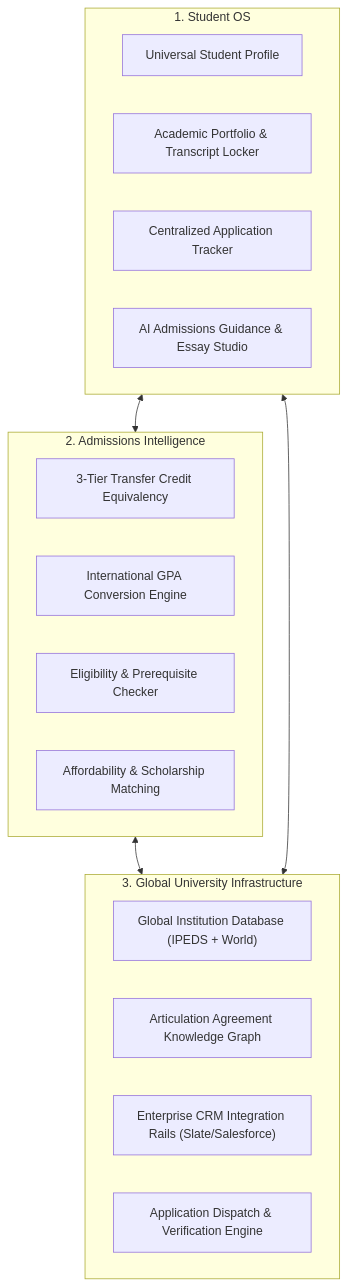
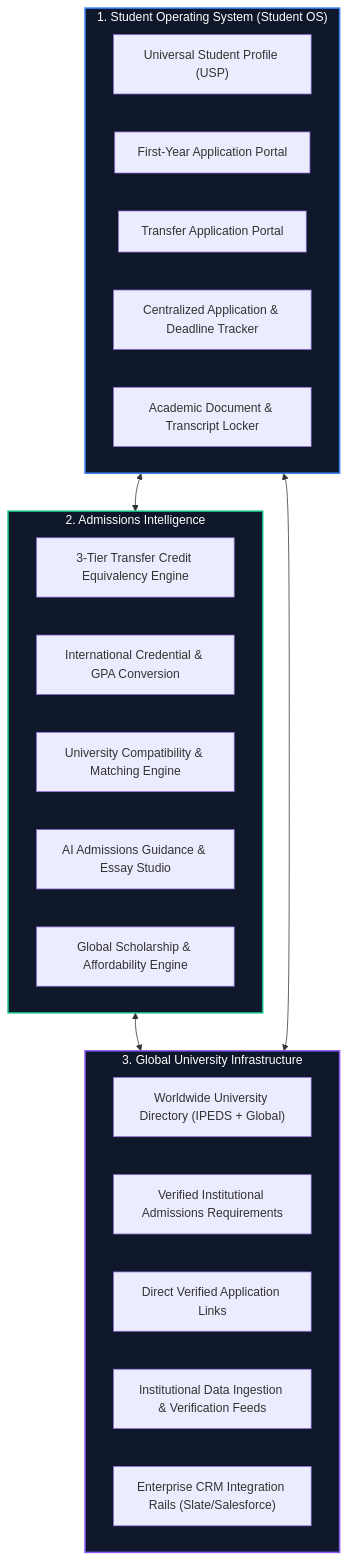
One commit to Jonathan0926x/Global-University-Application-Platform changed the diagram in README.md. Above: the diagram before and after it, drawn with Mermaid. The commit also changed other lines of this file and 14 other files, not shown here.

````diff
--- a/README.md
+++ b/README.md
@@ -16,27 +21,34 @@
 ```mermaid
 flowchart TD
-    subgraph Pillar1["1. Student OS"]
-        SO1["Universal Student Profile"]
-        SO2["Academic Portfolio & Transcript Locker"]
-        SO3["Centralized Application Tracker"]
-        SO4["AI Admissions Guidance & Essay Studio"]
+    subgraph Pillar1["1. Student Operating System (Student OS)"]
+        SO1["Universal Student Profile (USP)"]
+        SO2["First-Year Application Portal"]
+        SO3["Transfer Application Portal"]
+        SO4["Centralized Application & Deadline Tracker"]
+        SO5["Academic Document & Transcript Locker"]
     end
 
     subgraph Pillar2["2. Admissions Intelligence"]
-        AI1["3-Tier Transfer Credit Equivalency"]
-        AI2["International GPA Conversion Engine"]
-        AI3["Eligibility & Prerequisite Checker"]
-        AI4["Affordability & Scholarship Matching"]
+        AI1["3-Tier Transfer Credit Equivalency Engine"]
+        AI2["International Credential & GPA Conversion"]
+        AI3["University Compatibility & Matching Engine"]
+        AI4["AI Admissions Guidance & Essay Studio"]
+        AI5["Global Scholarship & Affordability Engine"]
     end
 
     subgraph Pillar3["3. Global University Infrastructure"]
-        UI1["Global Institution Database (IPEDS + World)"]
-        UI2["Articulation Agreement Knowledge Graph"]
-        UI3["Enterprise CRM Integration Rails (Slate/Salesforce)"]
-        UI4["Application Dispatch & Verification Engine"]
+        UI1["Worldwide University Directory (IPEDS + Global)"]
+        UI2["Verified Institutional Admissions Requirements"]
+        UI3["Direct Verified Application Links"]
+        UI4["Institutional Data Ingestion & Verification Feeds"]
+        UI5["Enterprise CRM Integration Rails (Slate/Salesforce)"]
     end
 
     Pillar1 <--> Pillar2
     Pillar2 <--> Pillar3
     Pillar1 <--> Pillar3
+
+    style Pillar1 fill:#0f172a,stroke:#3b82f6,stroke-width:2px,color:#fff
+    style Pillar2 fill:#0f172a,stroke:#10b981,stroke-width:2px,color:#fff
+    style Pillar3 fill:#0f172a,stroke:#8b5cf6,stroke-width:2px,color:#fff
 ```
````
